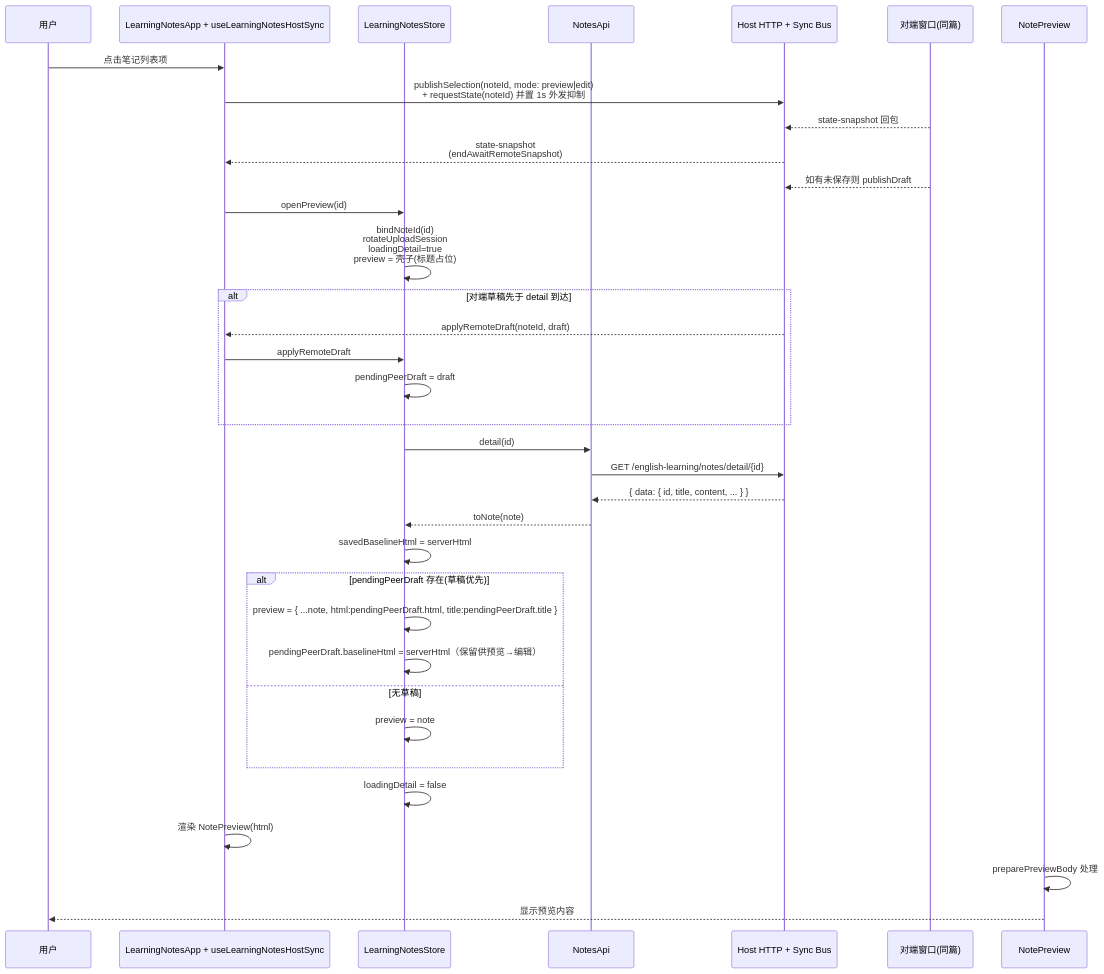
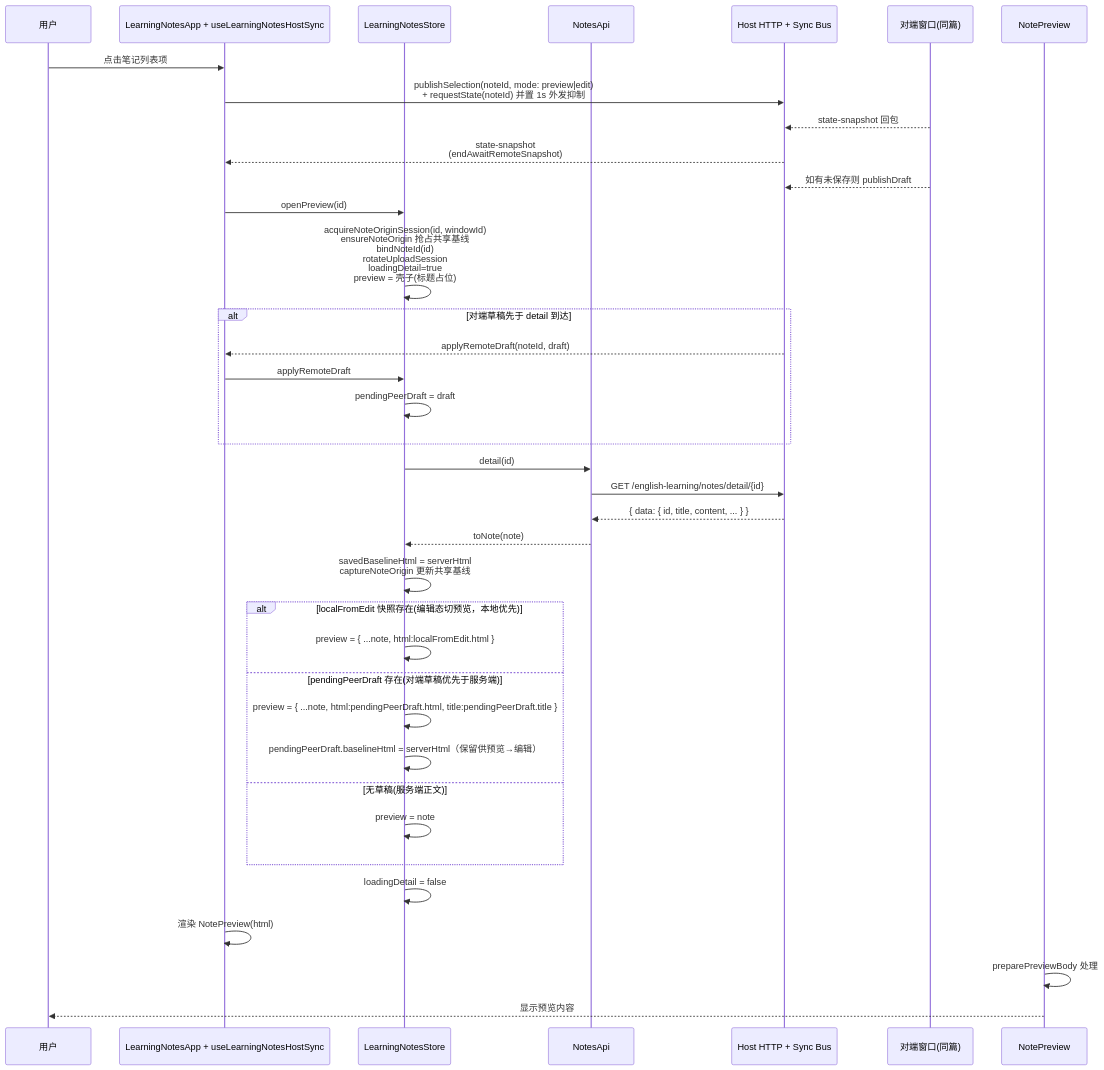
The third of 4 diagrams in docs/learning-notes.md (dnhyxc/dnhyxc-ai-plugins), drawn with Mermaid before and after one commit. The commit also changed other lines of this file and 10 other files, not shown here.

````diff
--- a/docs/learning-notes.md
+++ b/docs/learning-notes.md
@@ -144,37 +146,39 @@
 ```mermaid
 sequenceDiagram
     participant User as 用户
     participant App as LearningNotesApp + useLearningNotesHostSync
     participant Store as LearningNotesStore
     participant Api as NotesApi
     participant Host as Host HTTP + Sync Bus
     participant Peer as 对端窗口(同篇)
 
     User->>App: 点击笔记列表项
     App->>Host: publishSelection(noteId, mode: preview|edit)<br/>+ requestState(noteId) 并置 1s 外发抑制
     Peer-->>Host: state-snapshot 回包
     Host-->>App: state-snapshot<br/>(endAwaitRemoteSnapshot)
     Peer-->>Host: 如有未保存则 publishDraft
     App->>Store: openPreview(id)
-    Store->>Store: bindNoteId(id)<br/>rotateUploadSession<br/>loadingDetail=true<br/>preview = 壳子(标题占位)
+    Store->>Store: acquireNoteOriginSession(id, windowId)<br/>ensureNoteOrigin 抢占共享基线<br/>bindNoteId(id)<br/>rotateUploadSession<br/>loadingDetail=true<br/>preview = 壳子(标题占位)
     alt 对端草稿先于 detail 到达
       Host-->>App: applyRemoteDraft(noteId, draft)
       App->>Store: applyRemoteDraft
       Store->>Store: pendingPeerDraft = draft
     end
     Store->>Api: detail(id)
     Api->>Host: GET /english-learning/notes/detail/{id}
     Host-->>Api: { data: { id, title, content, ... } }
     Api-->>Store: toNote(note)
-    Store->>Store: savedBaselineHtml = serverHtml
-    alt pendingPeerDraft 存在(草稿优先)
+    Store->>Store: savedBaselineHtml = serverHtml<br/>captureNoteOrigin 更新共享基线
+    alt localFromEdit 快照存在(编辑态切预览，本地优先)
+      Store->>Store: preview = { ...note, html:localFromEdit.html }
+    else pendingPeerDraft 存在(对端草稿优先于服务端)
       Store->>Store: preview = { ...note, html:pendingPeerDraft.html, title:pendingPeerDraft.title }
       Store->>Store: pendingPeerDraft.baselineHtml = serverHtml（保留供预览→编辑）
-    else 无草稿
+    else 无草稿(服务端正文)
       Store->>Store: preview = note
     end
     Store->>Store: loadingDetail = false
     App->>App: 渲染 NotePreview(html)
     NotePreview->>NotePreview: preparePreviewBody 处理
     NotePreview-->>User: 显示预览内容
 ```
````
